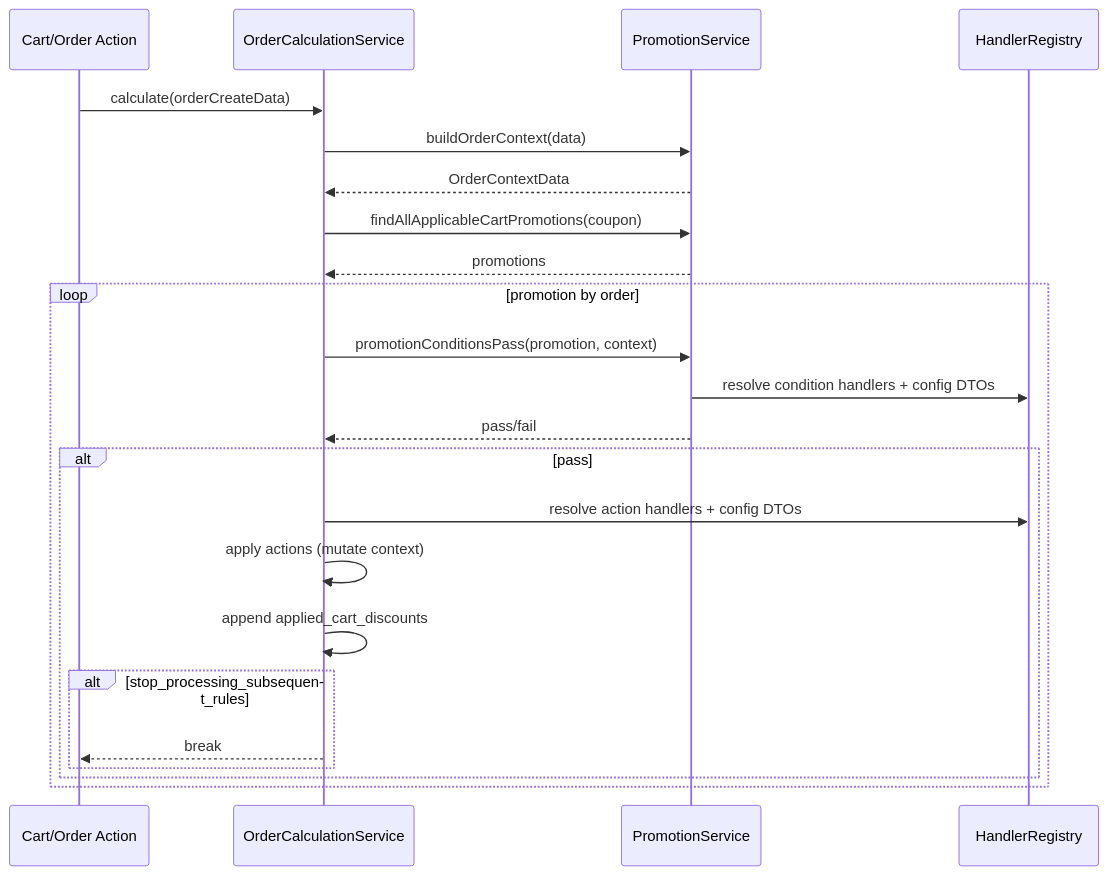
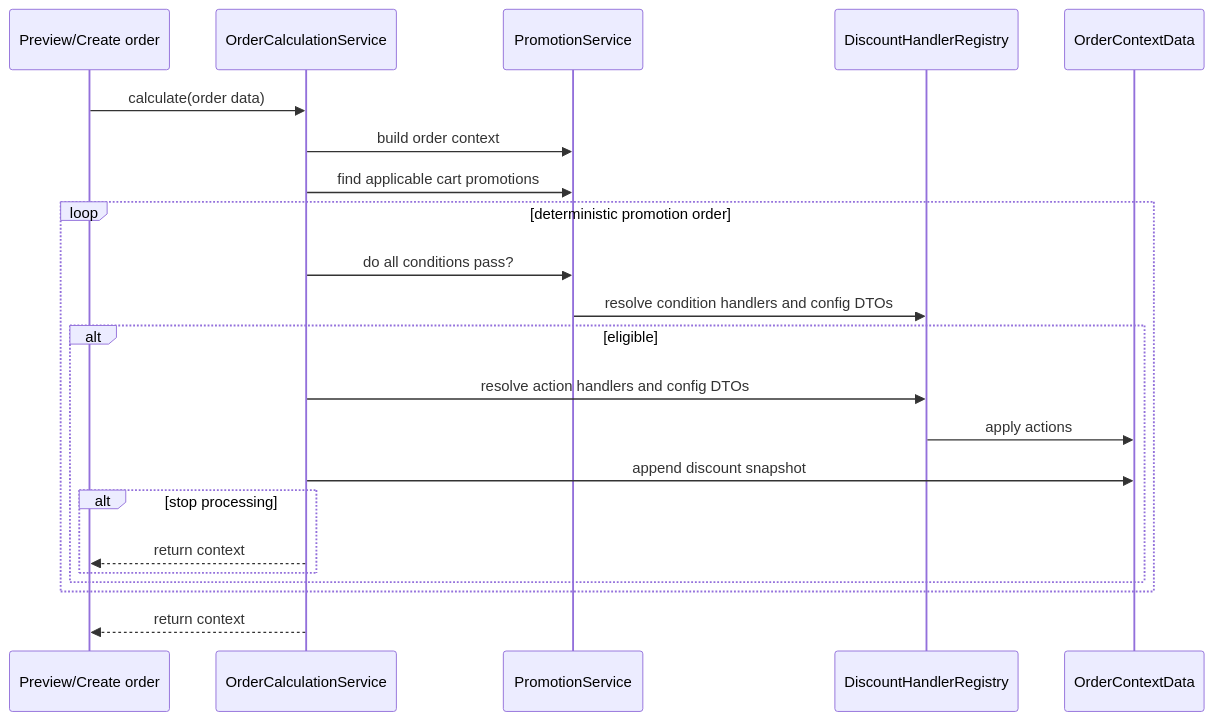
Before and after one commit to SaeidSharafi/JeduApi: the second of 4 diagrams in docs/Architecture/Discount-Promotion-Engine.md, drawn with Mermaid. The commit also changed other lines of this file and 26 other files, not shown here.

First line of the commit message:
docs: consolidate architecture documentation

````diff
--- a/docs/Architecture/Discount-Promotion-Engine.md
+++ b/docs/Architecture/Discount-Promotion-Engine.md
@@ -150,27 +56,25 @@
 ```mermaid
 sequenceDiagram
-    participant Caller as Cart/Order Action
-    participant OCS as OrderCalculationService
-    participant PS as PromotionService
-    participant HR as HandlerRegistry
+    participant Caller as Preview/Create order
+    participant Calc as OrderCalculationService
+    participant Promotions as PromotionService
+    participant Registry as DiscountHandlerRegistry
+    participant Context as OrderContextData
 
-    Caller->>OCS: calculate(orderCreateData)
-    OCS->>PS: buildOrderContext(data)
-    PS-->>OCS: OrderContextData
-    OCS->>PS: findAllApplicableCartPromotions(coupon)
-    PS-->>OCS: promotions
-
-    loop promotion by order
-        OCS->>PS: promotionConditionsPass(promotion, context)
-        PS->>HR: resolve condition handlers + config DTOs
-        PS-->>OCS: pass/fail
-        alt pass
-            OCS->>HR: resolve action handlers + config DTOs
-            OCS->>OCS: apply actions (mutate context)
-            OCS->>OCS: append applied_cart_discounts
-            alt stop_processing_subsequent_rules
-                OCS-->>Caller: break
+    Caller->>Calc: calculate(order data)
+    Calc->>Promotions: build order context
+    Calc->>Promotions: find applicable cart promotions
+    loop deterministic promotion order
+        Calc->>Promotions: do all conditions pass?
+        Promotions->>Registry: resolve condition handlers and config DTOs
+        alt eligible
+            Calc->>Registry: resolve action handlers and config DTOs
+            Registry->>Context: apply actions
+            Calc->>Context: append discount snapshot
+            alt stop processing
+                Calc-->>Caller: return context
             end
         end
     end
+    Calc-->>Caller: return context
 ```
````
